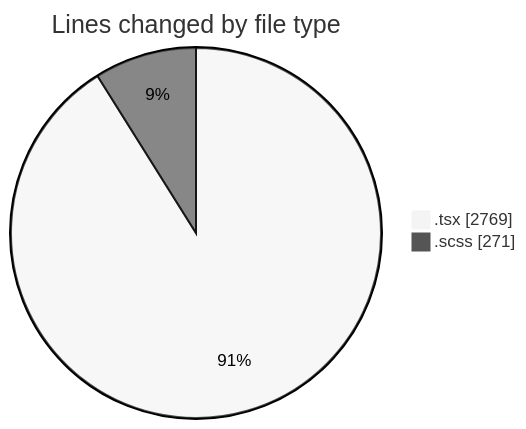
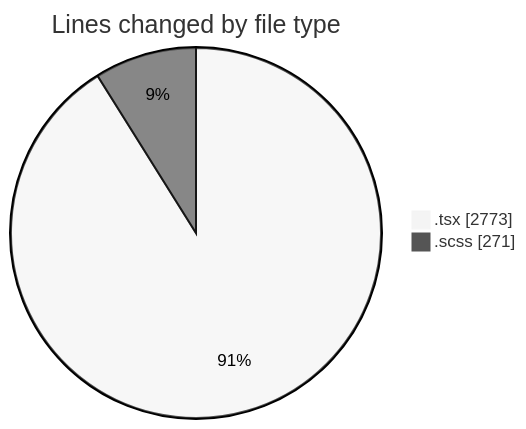
The first of 2 diagrams in 2025-11-18/cda/README.md (momahboobian/code-tracking), drawn with Mermaid (neutral theme) before and after one commit. The commit also changed other lines of this file and 1 other file, not shown here.

````diff
--- a/2025-11-18/cda/README.md
+++ b/2025-11-18/cda/README.md
@@ -25,6 +25,6 @@
 ```mermaid
 pie showData
 title Lines changed by file type
-".tsx" : 2769
+".tsx" : 2773
 ".scss" : 271
 ```
````
